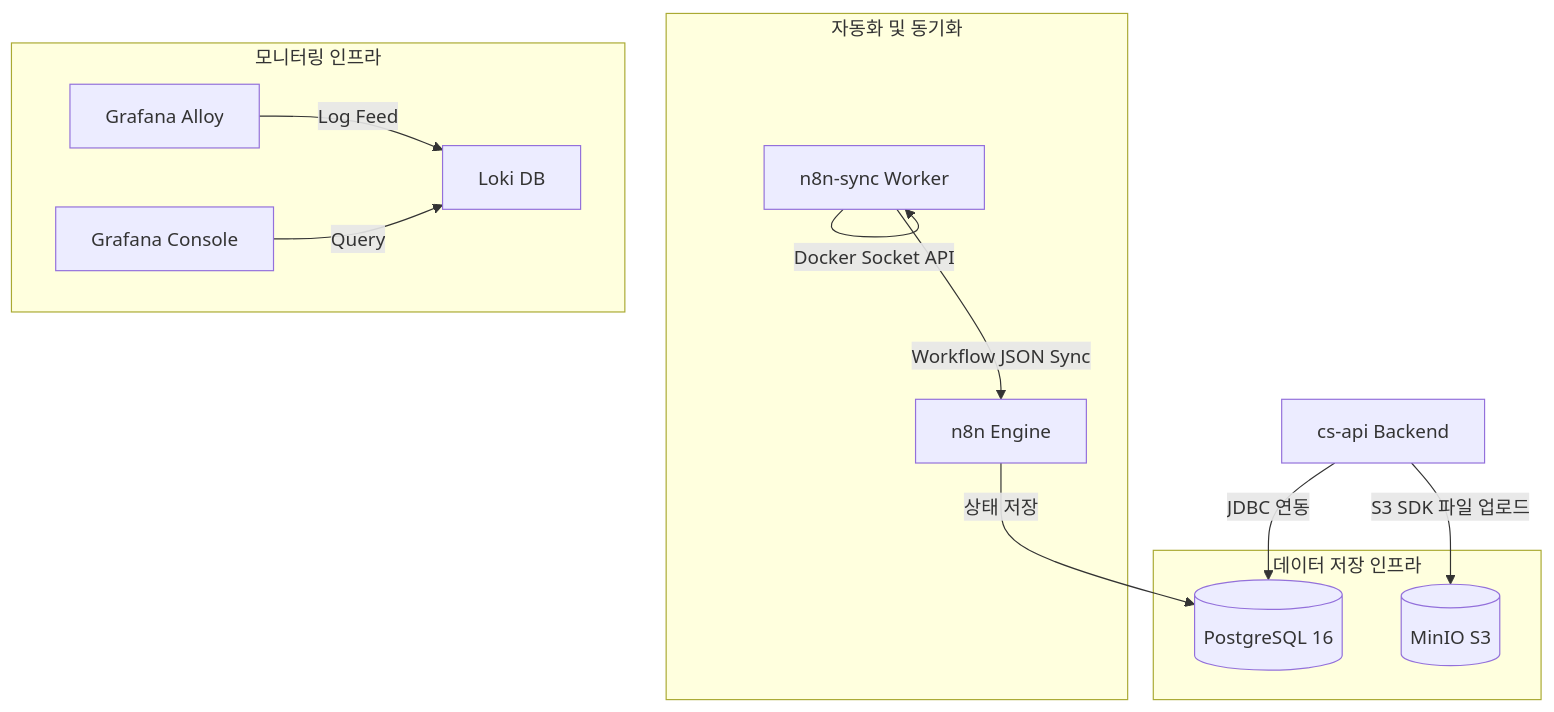
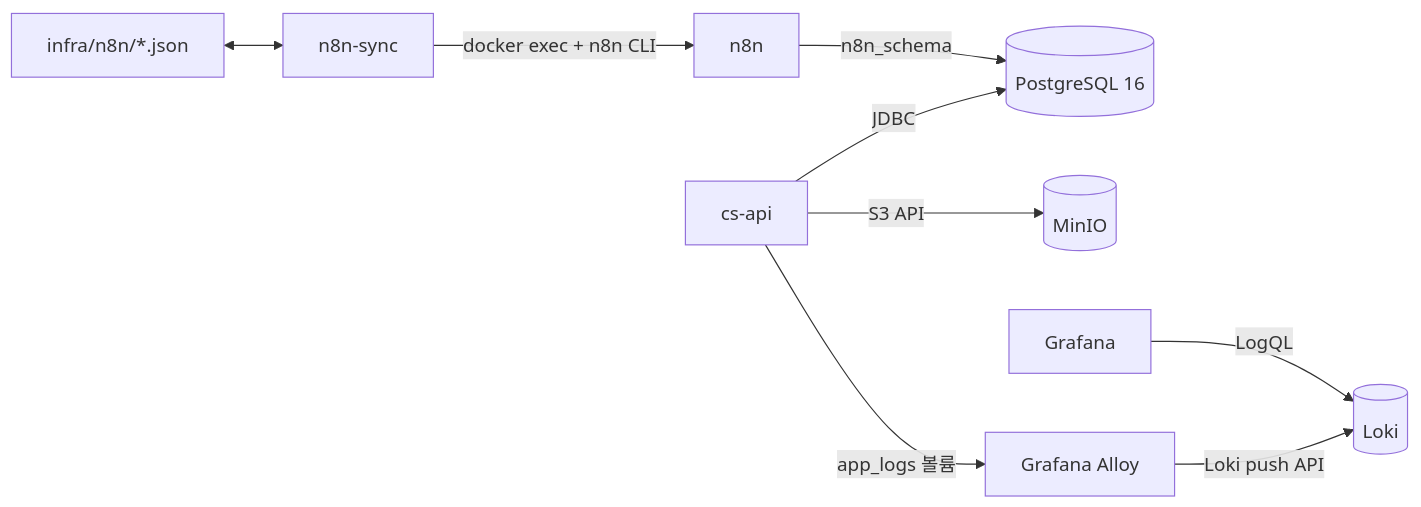
Before and after one commit to Yoonsik-Shin/cs-hub: the diagram in docs/docs/infrastructure-architecture.md, drawn with Mermaid. The commit also changed other lines of this file and 3 other files, not shown here.

````diff
--- a/docs/docs/infrastructure-architecture.md
+++ b/docs/docs/infrastructure-architecture.md
@@ -15,31 +11,13 @@
 ```mermaid
-graph TD
-    subgraph DataStorage ["데이터 저장 인프라"]
-        Postgres[(PostgreSQL 16)]
-        MinIO[(MinIO S3)]
-    end
+flowchart LR
+    API[cs-api] -->|JDBC| Postgres[(PostgreSQL 16)]
+    API -->|S3 API| MinIO[(MinIO)]
+    n8n[n8n] -->|n8n_schema| Postgres
 
-    subgraph Automation ["자동화 및 동기화"]
-        n8n[n8n Engine]
-        Sync[n8n-sync Worker]
-    end
+    Sync[n8n-sync] -->|docker exec + n8n CLI| n8n
+    Workflow["infra/n8n/*.json"] <--> Sync
 
-    subgraph Observability ["모니터링 인프라"]
-        Alloy[Grafana Alloy]
-        Loki[Loki DB]
-        Grafana[Grafana Console]
-    end
-
-    %% 데이터 연결
-    API[cs-api Backend] -->|JDBC 연동| Postgres
-    API -->|S3 SDK 파일 업로드| MinIO
-    n8n -->|상태 저장| Postgres
-
-    %% 동기화 흐름
-    Sync -->|Docker Socket API| Sync
-    Sync -->|Workflow JSON Sync| n8n
-
-    %% 모니터링 흐름
-    Alloy -->|Log Feed| Loki
-    Grafana -->|Query| Loki
+    API -->|app_logs 볼륨| Alloy[Grafana Alloy]
+    Alloy -->|Loki push API| Loki[(Loki)]
+    Grafana[Grafana] -->|LogQL| Loki
 ```
````
